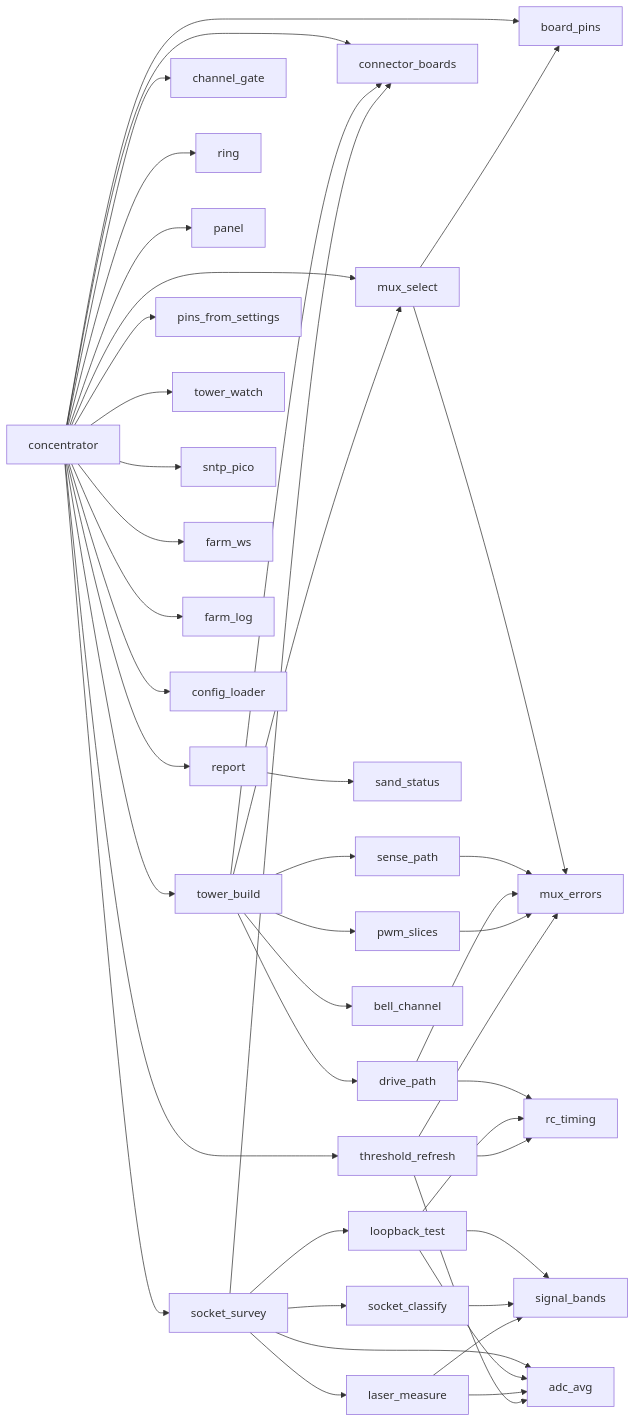
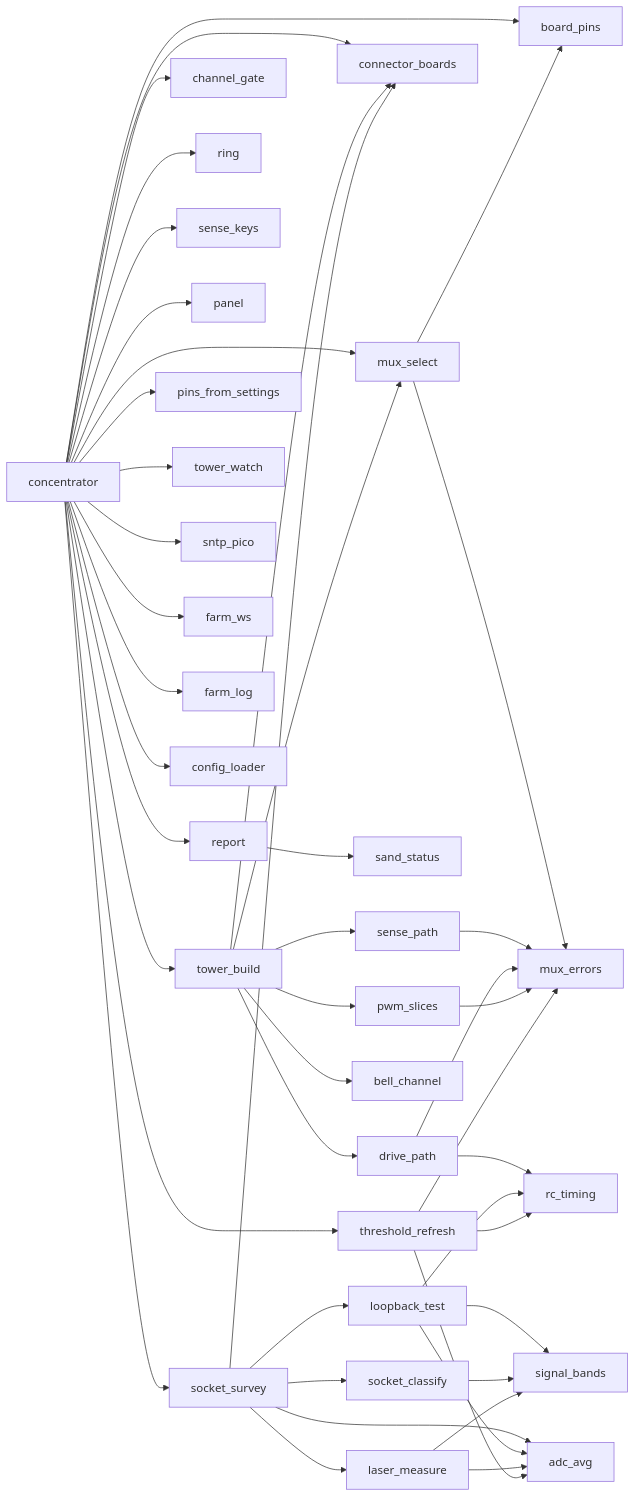
One commit to wyleu/sandswing changed the diagram in docs/STRUCTURE.md. Above: the diagram before and after it, drawn with Mermaid. The commit also changed other lines of this file and 12 other files, not shown here.

````diff
--- a/docs/STRUCTURE.md
+++ b/docs/STRUCTURE.md
@@ -70,46 +71,47 @@
 ```mermaid
 graph LR
   concentrator --> tower_build
   concentrator --> socket_survey
   concentrator --> channel_gate
   concentrator --> threshold_refresh
   concentrator --> ring
+  concentrator --> sense_keys
   concentrator --> panel
   concentrator --> report
   concentrator --> board_pins
   concentrator --> connector_boards
   concentrator --> mux_select
   concentrator --> pins_from_settings
   concentrator --> tower_watch
   concentrator --> sntp_pico
   concentrator --> farm_ws
   concentrator --> farm_log
   concentrator --> config_loader
   report --> sand_status
   tower_build --> mux_select
   tower_build --> sense_path
   tower_build --> drive_path
   tower_build --> bell_channel
   tower_build --> pwm_slices
   tower_build --> connector_boards
   mux_select --> board_pins
   mux_select --> mux_errors
   sense_path --> mux_errors
   drive_path --> mux_errors
   drive_path --> rc_timing
   pwm_slices --> mux_errors
   socket_survey --> loopback_test
   socket_survey --> socket_classify
   socket_survey --> laser_measure
   socket_survey --> connector_boards
   socket_survey --> adc_avg
   loopback_test --> rc_timing
   loopback_test --> signal_bands
   loopback_test --> adc_avg
   socket_classify --> signal_bands
   laser_measure --> signal_bands
   laser_measure --> adc_avg
   threshold_refresh --> rc_timing
   threshold_refresh --> mux_errors
   threshold_refresh --> adc_avg
 ```
````
